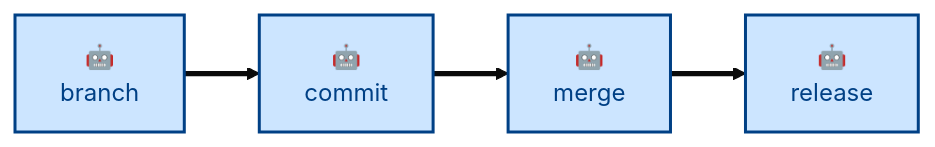
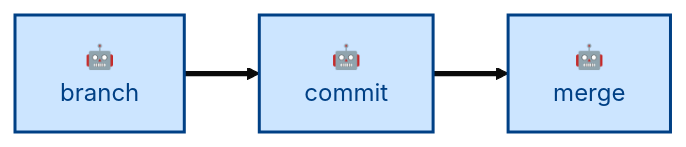
Before and after one commit to kieranpotts/skills: the diagram in skills/branch/README.md, drawn with Mermaid (base theme). The commit also changed other lines of this file and 75 other files, not shown here.

````diff
--- a/skills/branch/README.md
+++ b/skills/branch/README.md
@@ -48,18 +63,16 @@
 ```mermaid
 flowchart LR
   %% Node labels and classes.
   branch["🤖<br/>branch"]:::agentic
   commit["🤖<br/>commit"]:::agentic
   merge["🤖<br/>merge"]:::agentic
-  release["🤖<br/>release"]:::agentic
 
   %% Main workflow sequence.
   branch ==> commit
   commit ==> merge
-  merge ==> release
 
   %% Class definitions.
   classDef agentic fill:#cce5ff,stroke:#004085,color:#004085,stroke-width:2px
   classDef scripted fill:#e2e3e5,stroke:#4b5157,color:#383d41,stroke-width:2px
   classDef anthropic fill:#fff3cd,stroke:#856404,color:#856404,stroke-width:1px,stroke-dasharray:2 3
 ```
````
